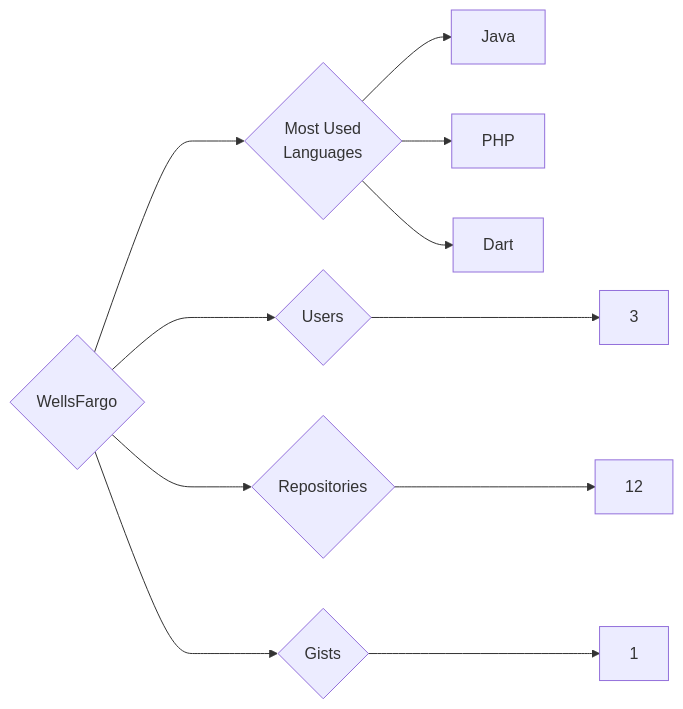
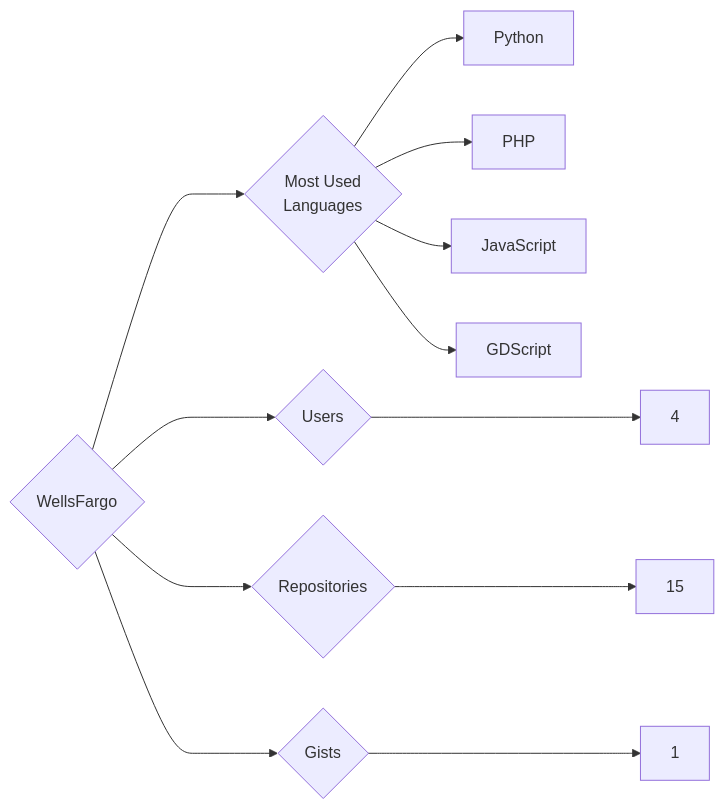
Before and after one commit to trickest/insiders: the diagram in targets/WellsFargo/README.md, drawn with Mermaid. The commit also changed 953 other files, not shown here.

````diff
--- a/targets/WellsFargo/README.md
+++ b/targets/WellsFargo/README.md
@@ -3,11 +3,12 @@
 ```mermaid
 graph LR
 COMPANY_NAME{WellsFargo}
-COMPANY_NAME ---> U{Users} ---> UN[3]
-COMPANY_NAME ---> R{Repositories} ---> RN[12]
+COMPANY_NAME ---> U{Users} ---> UN[4]
+COMPANY_NAME ---> R{Repositories} ---> RN[15]
 COMPANY_NAME ---> G{Gists} ---> GN[1]
 COMPANY_NAME ---> ML{Most Used<br>Languages}
-ML --> Java[Java]
+ML --> Python[Python]
 ML --> PHP[PHP]
-ML --> Dart[Dart]
+ML --> JavaScript[JavaScript]
+ML --> GDScript[GDScript]
 ```
````
